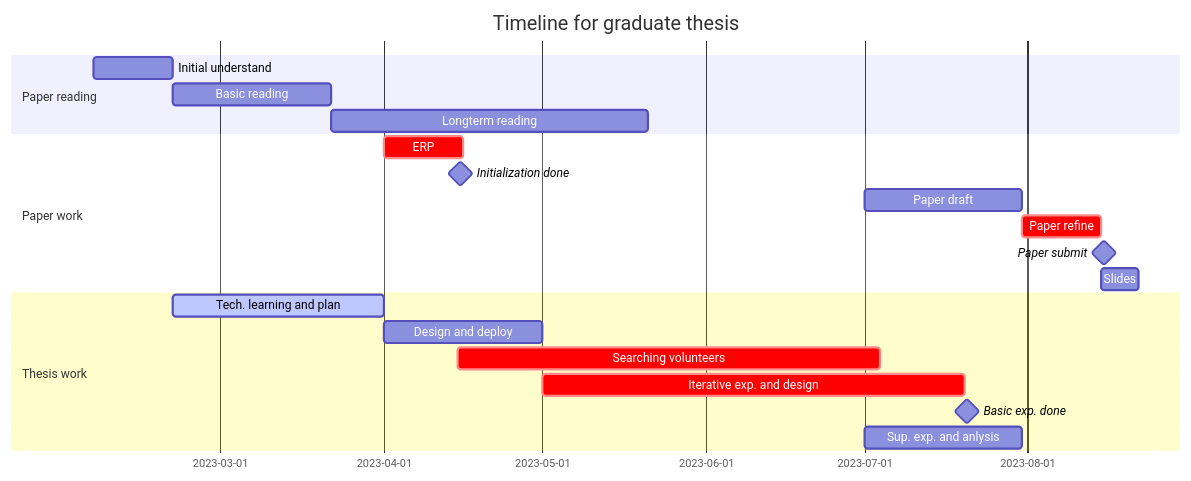
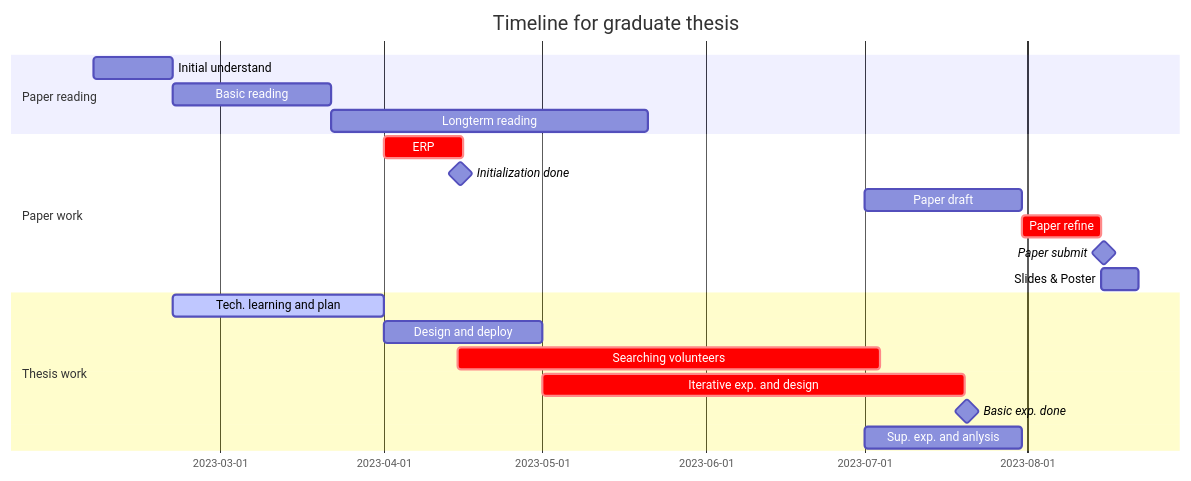
Before and after one commit to hinczhang/GraduteThesis_Master: the diagram in README.md, drawn with Mermaid.

````diff
--- a/README.md
+++ b/README.md
@@ -5,23 +5,23 @@
 ```mermaid
 gantt
     title Timeline for graduate thesis
     dateFormat  YYYY-MM-DD
     section Paper reading
         Initial understand              : a1, 2023-02-05, 15d
         Basic reading                   : a2, after a1, 30d
         Longterm reading                : a3, after a2, 60d
     section Paper work
         ERP                             : crit, b1, 2023-04-01, 15d
         Initialization done             : milestone, m1, 2023-04-15, 1d
         Paper draft                     : b2, 2023-07-01, 30d
         Paper refine                    : crit, b3, after b2, 15d
         Paper submit                    : milestone, m2, after b3, 1d
-        Slides                          : b4, after b3, 7d
+        Slides & Poster                 : b4, after b3, 7d
     section Thesis work
         Tech. learning and plan         : active, c1, after a1, 40d
         Design and deploy               : c2, after c1, 30d
         Searching volunteers            : crit, c3, 2023-04-15, 80d
         Iterative exp. and design       : crit, c4, after c2, 80d
         Basic exp. done                 : milestone, m3, 2023-07-20, 1d
         Sup. exp. and anlysis           : c5, 2023-07-01, 30d
 ```
````
